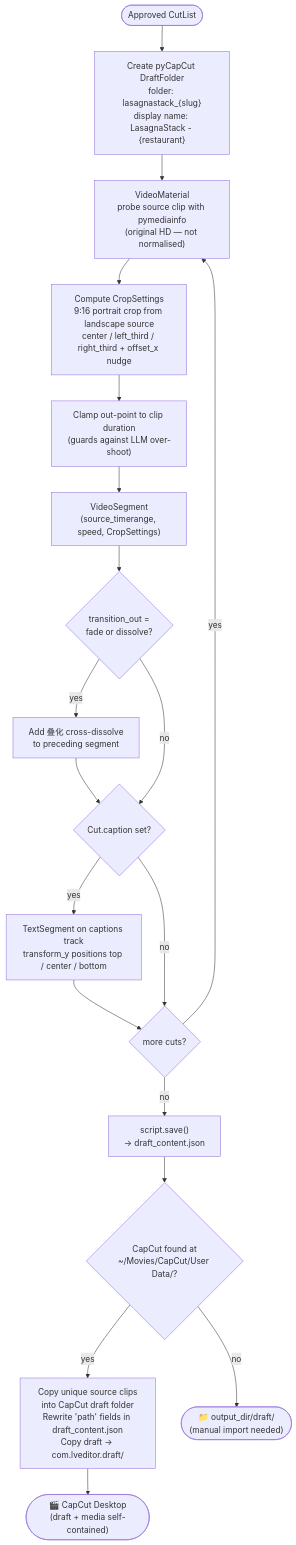
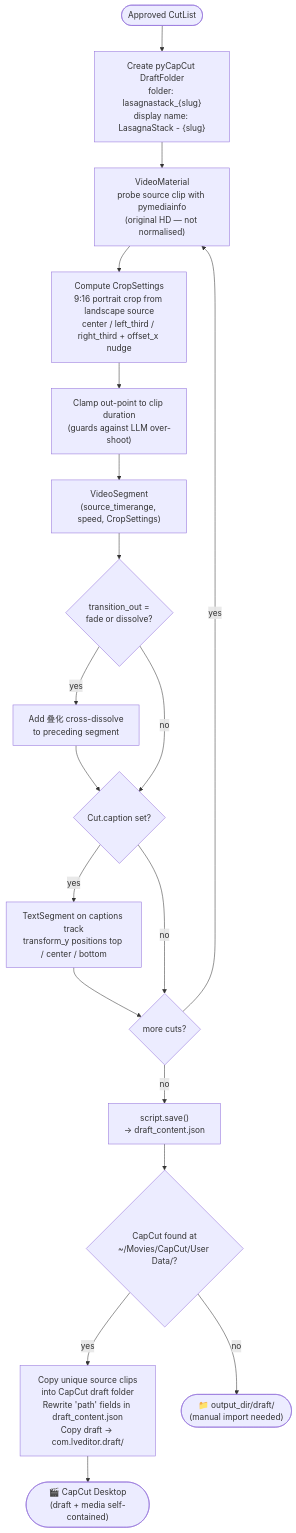
The third of 4 diagrams in ARCHITECTURE.md (jyjulianwong/LasagnaStack), drawn with Mermaid before and after one commit. The commit also changed 15 other files, not shown here.

````diff
--- a/ARCHITECTURE.md
+++ b/ARCHITECTURE.md
@@ -74,39 +74,39 @@
 ```mermaid
 flowchart TD
     START(["Approved CutList"])
 
-    INIT["Create pyCapCut DraftFolder\nfolder: lasagnastack_{slug}\ndisplay name: LasagnaStack - {restaurant}"]
+    INIT["Create pyCapCut DraftFolder\nfolder: lasagnastack_{slug}\ndisplay name: LasagnaStack - {slug}"]
 
     MATERIAL["VideoMaterial\nprobe source clip with pymediainfo\n(original HD — not normalised)"]
     CROP["Compute CropSettings\n9:16 portrait crop from landscape source\ncenter / left_third / right_third + offset_x nudge"]
     CLAMP["Clamp out-point to clip duration\n(guards against LLM over-shoot)"]
     SEGMENT["VideoSegment\n(source_timerange, speed, CropSettings)"]
 
     TRANS{"transition_out =\nfade or dissolve?"}
     ADD_TRANS["Add 叠化 cross-dissolve\nto preceding segment"]
 
     CAP{"Cut.caption set?"}
     ADD_CAP["TextSegment on captions track\ntransform_y positions top / center / bottom"]
 
     MORE{"more cuts?"}
 
     SAVE["script.save()\n→ draft_content.json"]
 
     DETECT{"CapCut found at\n~/Movies/CapCut/User Data/?"}
 
     EXPORT["Copy unique source clips\ninto CapCut draft folder\nRewrite 'path' fields in draft_content.json\nCopy draft → com.lveditor.draft/"]
 
     CC(["🎬 CapCut Desktop\n(draft + media self-contained)"])
     LOCAL(["📁 output_dir/draft/\n(manual import needed)"])
 
     START --> INIT --> MATERIAL --> CROP --> CLAMP --> SEGMENT --> TRANS
     TRANS -->|yes| ADD_TRANS --> CAP
     TRANS -->|no| CAP
     CAP -->|yes| ADD_CAP --> MORE
     CAP -->|no| MORE
     MORE -->|yes| MATERIAL
     MORE -->|no| SAVE
     SAVE --> DETECT
     DETECT -->|yes| EXPORT --> CC
     DETECT -->|no| LOCAL
 ```
````
